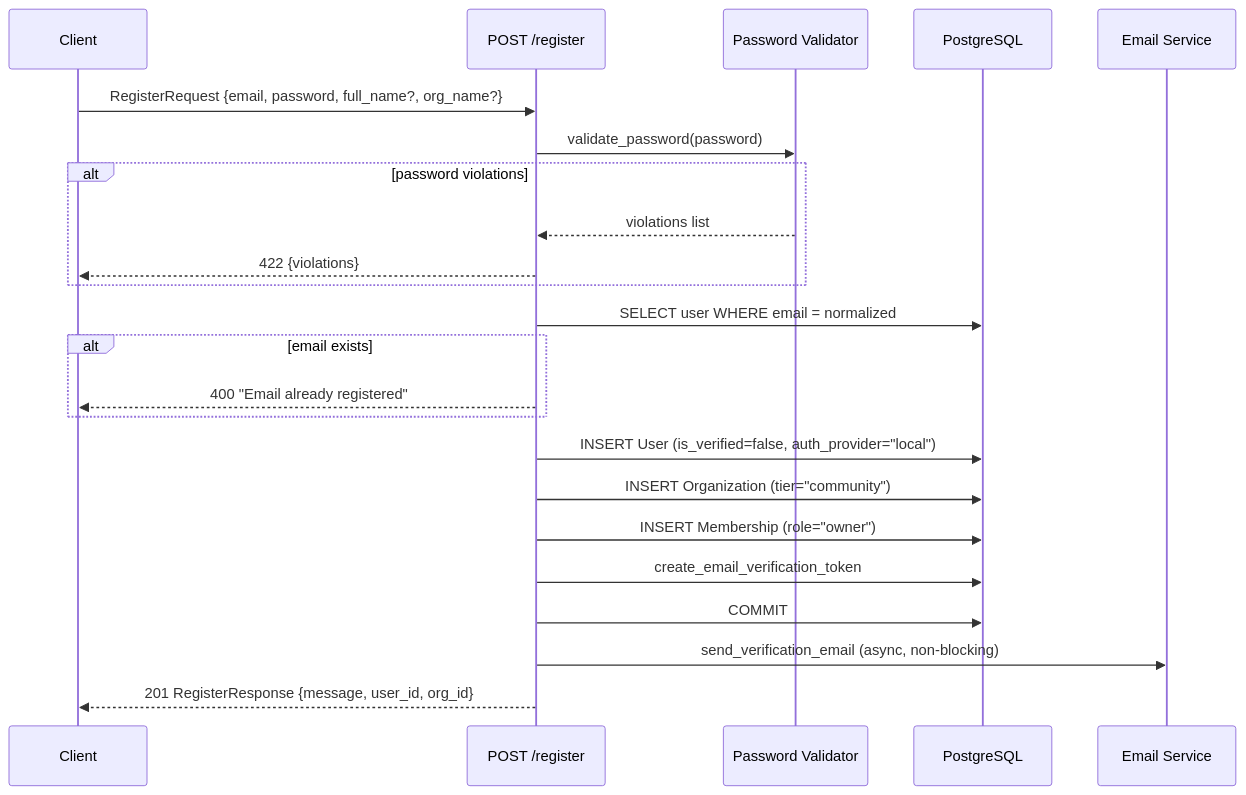
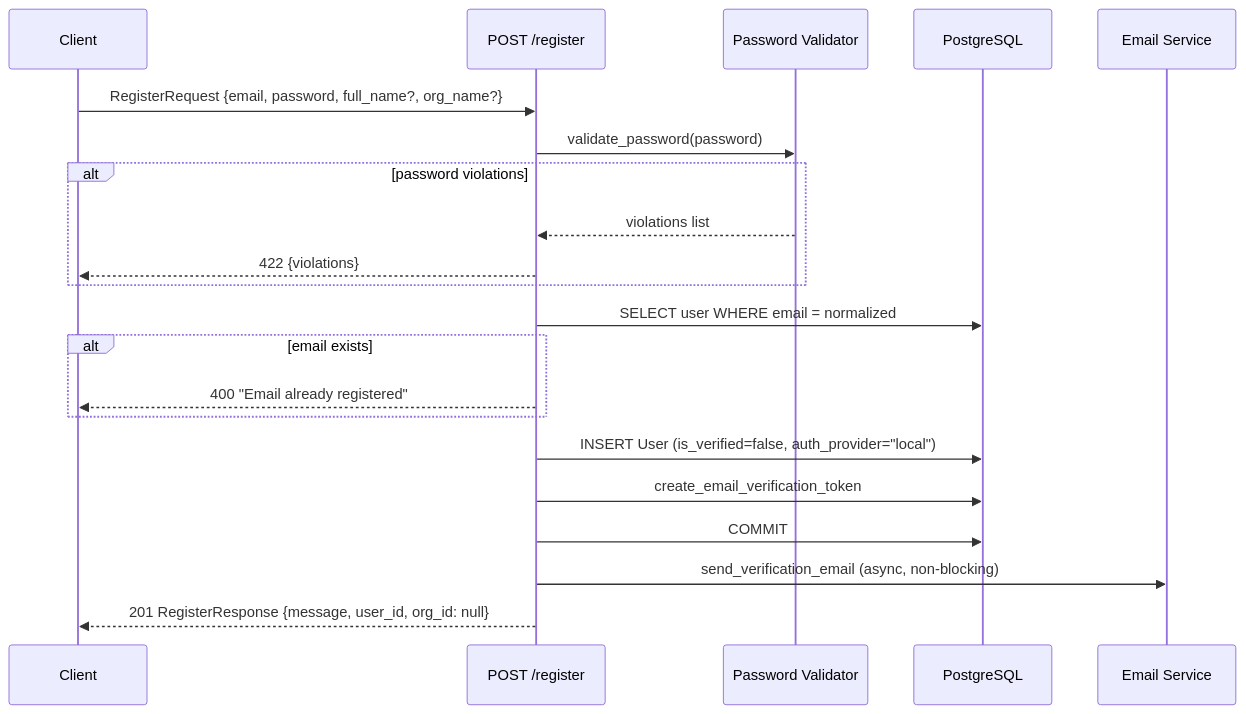
Before and after one commit to full-chaos/dev-health-ops: the first of 10 diagrams in docs/architecture/auth-journey.md, drawn with Mermaid. The commit also changed other lines of this file and 1 other file, not shown here.

````diff
--- a/docs/architecture/auth-journey.md
+++ b/docs/architecture/auth-journey.md
@@ -11,26 +13,24 @@
 ```mermaid
 sequenceDiagram
     participant C as Client
     participant R as POST /register
     participant V as Password Validator
     participant DB as PostgreSQL
     participant E as Email Service
 
     C->>R: RegisterRequest {email, password, full_name?, org_name?}
     R->>V: validate_password(password)
     alt password violations
         V-->>R: violations list
         R-->>C: 422 {violations}
     end
     R->>DB: SELECT user WHERE email = normalized
     alt email exists
         R-->>C: 400 "Email already registered"
     end
     R->>DB: INSERT User (is_verified=false, auth_provider="local")
-    R->>DB: INSERT Organization (tier="community")
-    R->>DB: INSERT Membership (role="owner")
     R->>DB: create_email_verification_token
     R->>DB: COMMIT
     R->>E: send_verification_email (async, non-blocking)
-    R-->>C: 201 RegisterResponse {message, user_id, org_id}
+    R-->>C: 201 RegisterResponse {message, user_id, org_id: null}
 ```
````
